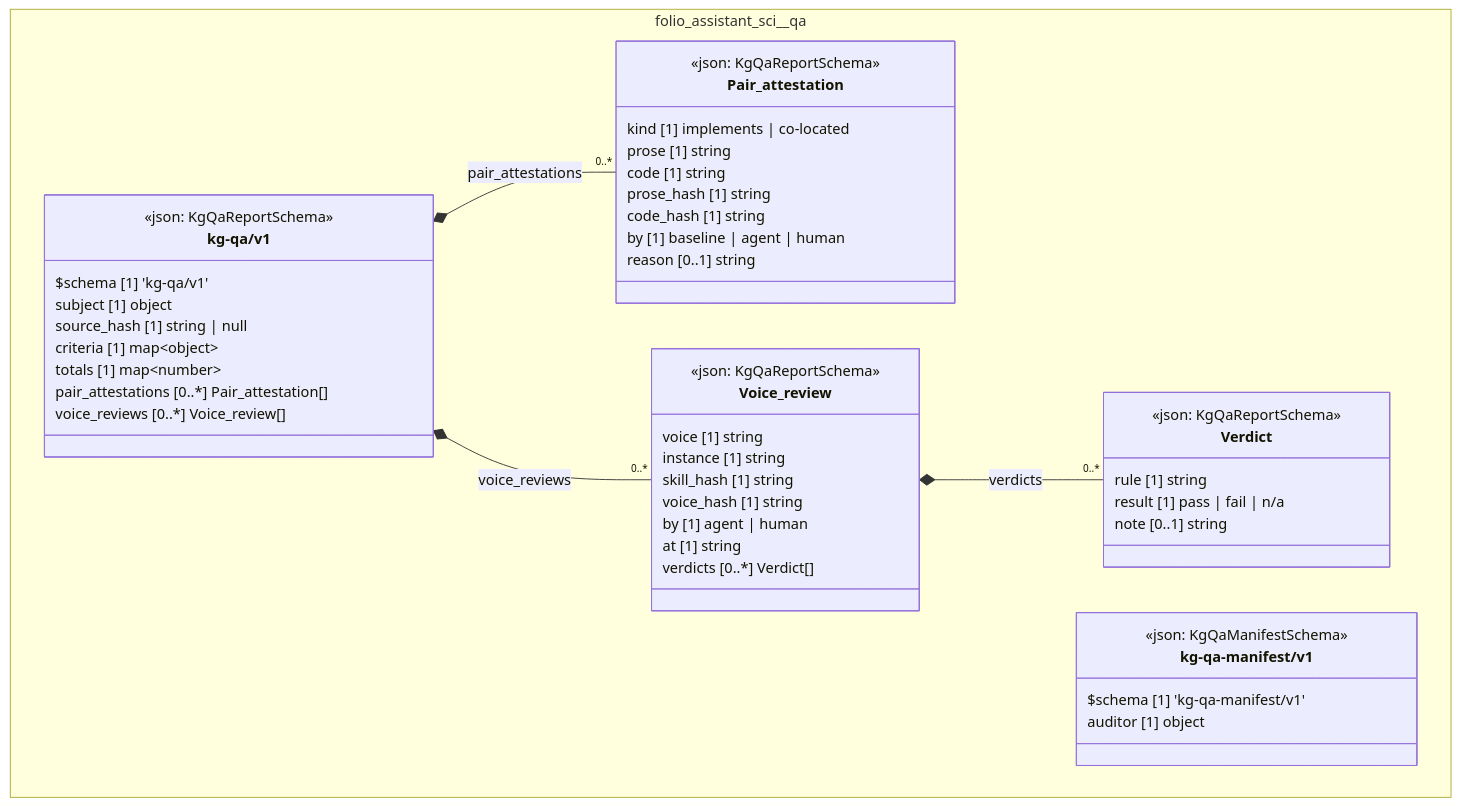
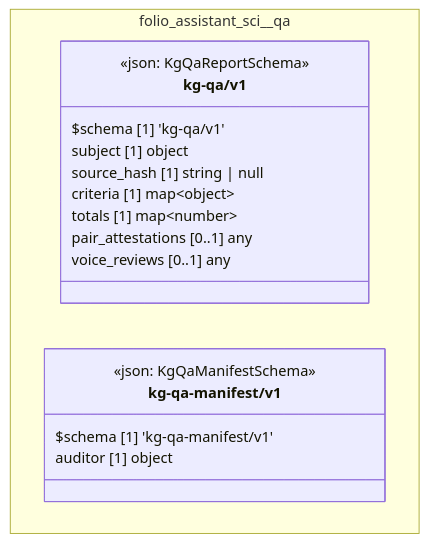
Before and after one commit to litlfred/folio-assistant: the diagram in cat-harness/docs/uml/overview/folio-assistant-sci/qa.md, drawn with Mermaid. The commit also changed 234 other files, not shown here.

````diff
--- a/cat-harness/docs/uml/overview/folio-assistant-sci/qa.md
+++ b/cat-harness/docs/uml/overview/folio-assistant-sci/qa.md
@@ -42,55 +42,23 @@
 ```mermaid
 classDiagram
   direction TB
   namespace folio_assistant_sci__qa {
-    class folio_assistant_sci_qa_kg_qa_v1_Pair_attestation["Pair_attestation"] {
-      <<json: KgQaReportSchema>>
-      kind [1] implements | co-located
-      prose [1] string
-      code [1] string
-      prose_hash [1] string
-      code_hash [1] string
-      by [1] baseline | agent | human
-      reason [0..1] string
-    }
-    class folio_assistant_sci_qa_kg_qa_v1_Verdict["Verdict"] {
-      <<json: KgQaReportSchema>>
-      rule [1] string
-      result [1] pass | fail | n/a
-      note [0..1] string
-    }
-    class folio_assistant_sci_qa_kg_qa_v1_Voice_review["Voice_review"] {
-      <<json: KgQaReportSchema>>
-      voice [1] string
-      instance [1] string
-      skill_hash [1] string
-      voice_hash [1] string
-      by [1] agent | human
-      at [1] string
-      verdicts [0..*] Verdict[]
-    }
     class folio_assistant_sci_qa_kg_qa_v1_kg_qa_v1["kg-qa/v1"] {
       <<json: KgQaReportSchema>>
       $schema [1] 'kg-qa/v1'
       subject [1] object
       source_hash [1] string | null
       criteria [1] map~object~
       totals [1] map~number~
-      pair_attestations [0..*] Pair_attestation[]
-      voice_reviews [0..*] Voice_review[]
+      pair_attestations [0..1] any
+      voice_reviews [0..1] any
     }
     class folio_assistant_sci_qa_kg_qa_manifest_v1_kg_qa_manifest_v1["kg-qa-manifest/v1"] {
       <<json: KgQaManifestSchema>>
       $schema [1] 'kg-qa-manifest/v1'
       auditor [1] object
     }
   }
-  folio_assistant_sci_qa_kg_qa_v1_kg_qa_v1 *-- "0..*" folio_assistant_sci_qa_kg_qa_v1_Pair_attestation : pair_attestations
-  folio_assistant_sci_qa_kg_qa_v1_Voice_review *-- "0..*" folio_assistant_sci_qa_kg_qa_v1_Verdict : verdicts
-  folio_assistant_sci_qa_kg_qa_v1_kg_qa_v1 *-- "0..*" folio_assistant_sci_qa_kg_qa_v1_Voice_review : voice_reviews
-  cssClass "folio_assistant_sci_qa_kg_qa_v1_Pair_attestation" fa_uml_kind_qa
-  cssClass "folio_assistant_sci_qa_kg_qa_v1_Verdict" fa_uml_kind_qa
-  cssClass "folio_assistant_sci_qa_kg_qa_v1_Voice_review" fa_uml_kind_qa
   cssClass "folio_assistant_sci_qa_kg_qa_v1_kg_qa_v1" fa_uml_kind_qa
   cssClass "folio_assistant_sci_qa_kg_qa_manifest_v1_kg_qa_manifest_v1" fa_uml_kind_qa
 ```
````
